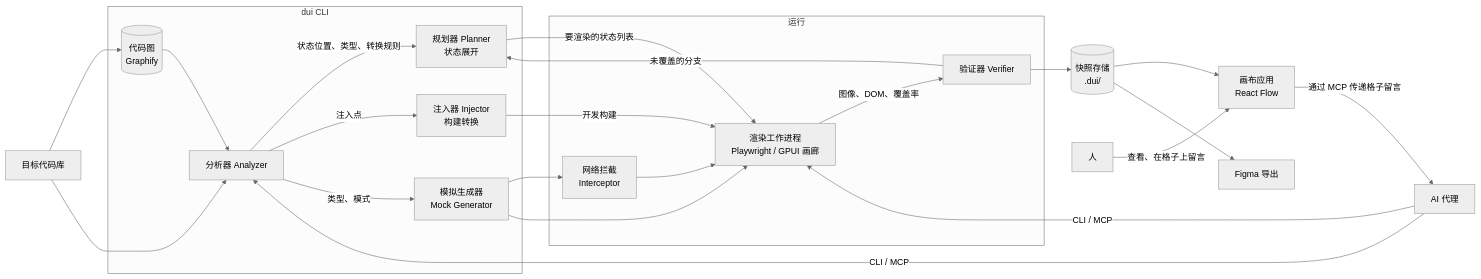
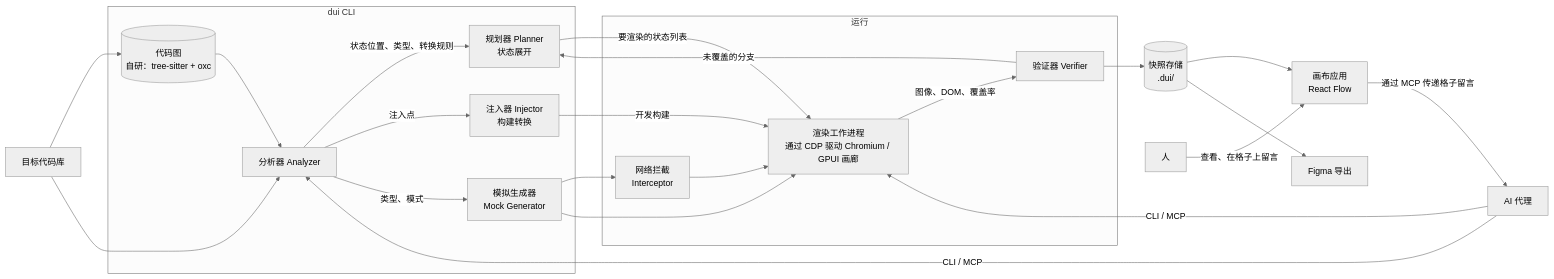
The diagram in docs/zh-CN/design-v0.md (de-novo/dui), drawn with Mermaid (neutral theme) before and after one commit. The commit also changed other lines of this file and 9 other files, not shown here.

````diff
--- a/docs/zh-CN/design-v0.md
+++ b/docs/zh-CN/design-v0.md
@@ -60,38 +71,38 @@
 ```mermaid
 flowchart LR
   subgraph CLI["dui CLI"]
     A[分析器 Analyzer]
-    G[(代码图<br/>Graphify)]
+    G[(代码图<br/>自研：tree-sitter + oxc)]
     I[注入器 Injector<br/>构建转换]
     M[模拟生成器<br/>Mock Generator]
     P[规划器 Planner<br/>状态展开]
   end
   subgraph Run["运行"]
     N[网络拦截<br/>Interceptor]
-    R[渲染工作进程<br/>Playwright / GPUI 画廊]
+    R[渲染工作进程<br/>通过 CDP 驱动 Chromium / GPUI 画廊]
     V[验证器 Verifier]
   end
   S[(快照存储<br/>.dui/)]
   C[画布应用<br/>React Flow]
   F[Figma 导出]
 
   Code[目标代码库] --> G --> A
   Code --> A
   A -->|状态位置、类型、转换规则| P
   A -->|注入点| I
   A -->|类型、模式| M
   P -->|要渲染的状态列表| R
   M --> N
   M --> R
   I -->|开发构建| R
   N --> R
   R -->|图像、DOM、覆盖率| V
   V --> S
   S --> C
   S --> F
   V -->|未覆盖的分支| P
   AI[AI 代理] -->|CLI / MCP| A
   AI -->|CLI / MCP| R
   H[人] -->|查看、在格子上留言| C
   C -->|通过 MCP 传递格子留言| AI
 ```
````
